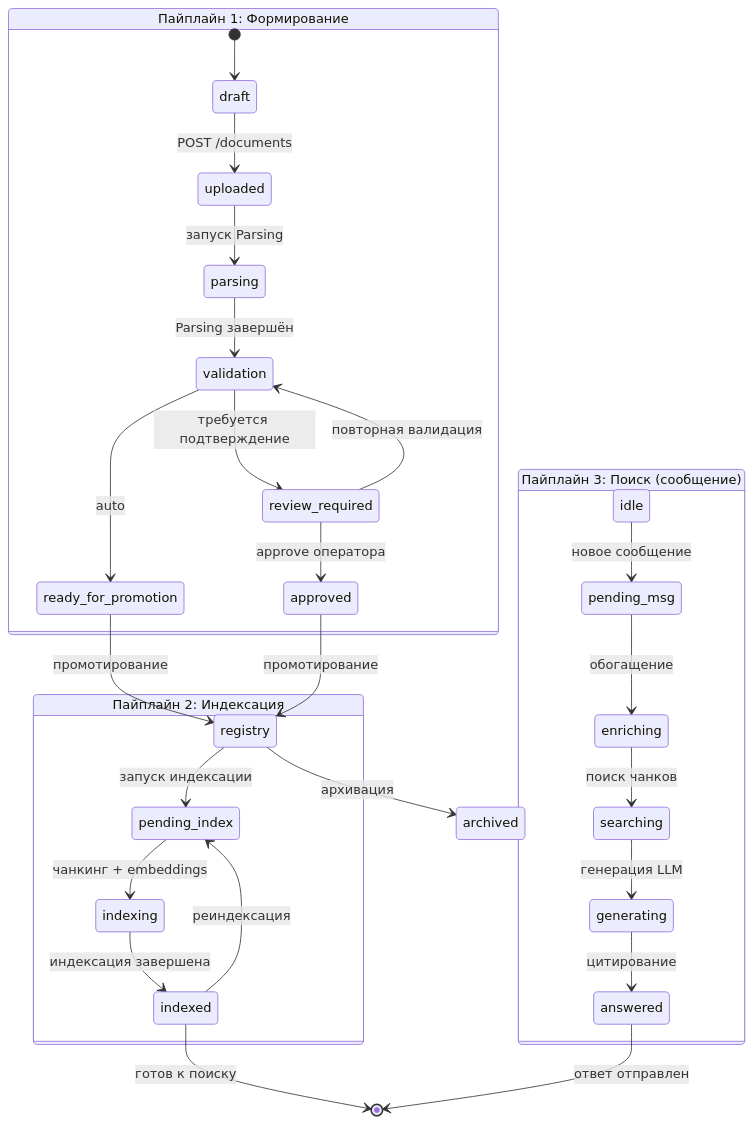
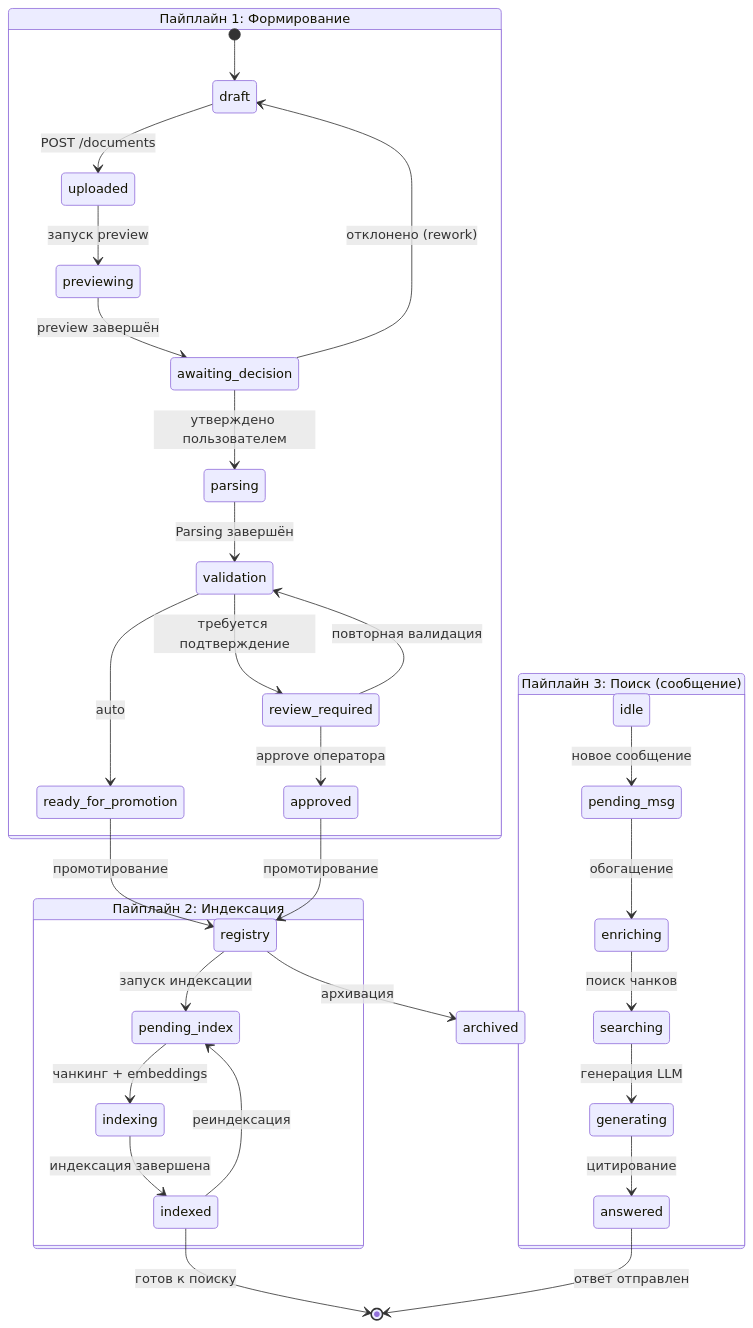
One commit to MasterKSAF/PKB changed the third of 4 diagrams in docs/pipelines/overview.md. Above: the diagram before and after it, drawn with Mermaid. The commit also changed other lines of this file and 23 other files, not shown here.

````diff
--- a/docs/pipelines/overview.md
+++ b/docs/pipelines/overview.md
@@ -224,37 +269,40 @@
 ```mermaid
 stateDiagram-v2
     state "Пайплайн 1: Формирование" as P1 {
         [*] --> draft
         draft --> uploaded : POST /documents
-        uploaded --> parsing : запуск Parsing
+        uploaded --> previewing : запуск preview
+        previewing --> awaiting_decision : preview завершён
+        awaiting_decision --> parsing : утверждено пользователем
+        awaiting_decision --> draft : отклонено (rework)
         parsing --> validation : Parsing завершён
         validation --> ready_for_promotion : auto
         validation --> review_required : требуется подтверждение
         review_required --> approved : approve оператора
         review_required --> validation : повторная валидация
         ready_for_promotion --> registry : промотирование
         approved --> registry : промотирование
     }
 
     state "Пайплайн 2: Индексация" as P2 {
         registry --> pending_index : запуск индексации
         pending_index --> indexing : чанкинг + embeddings
         indexing --> indexed : индексация завершена
     }
 
     state "Пайплайн 3: Поиск (сообщение)" as P3 {
         idle --> pending_msg : новое сообщение
         pending_msg --> enriching : обогащение
         enriching --> searching : поиск чанков
         searching --> generating : генерация LLM
         generating --> answered : цитирование
     }
 
     %% Terminal
     indexed --> [*] : готов к поиску
     answered --> [*] : ответ отправлен
 
     %% Дополнительно
     registry --> archived : архивация
     indexed --> pending_index : реиндексация
 ```
````
